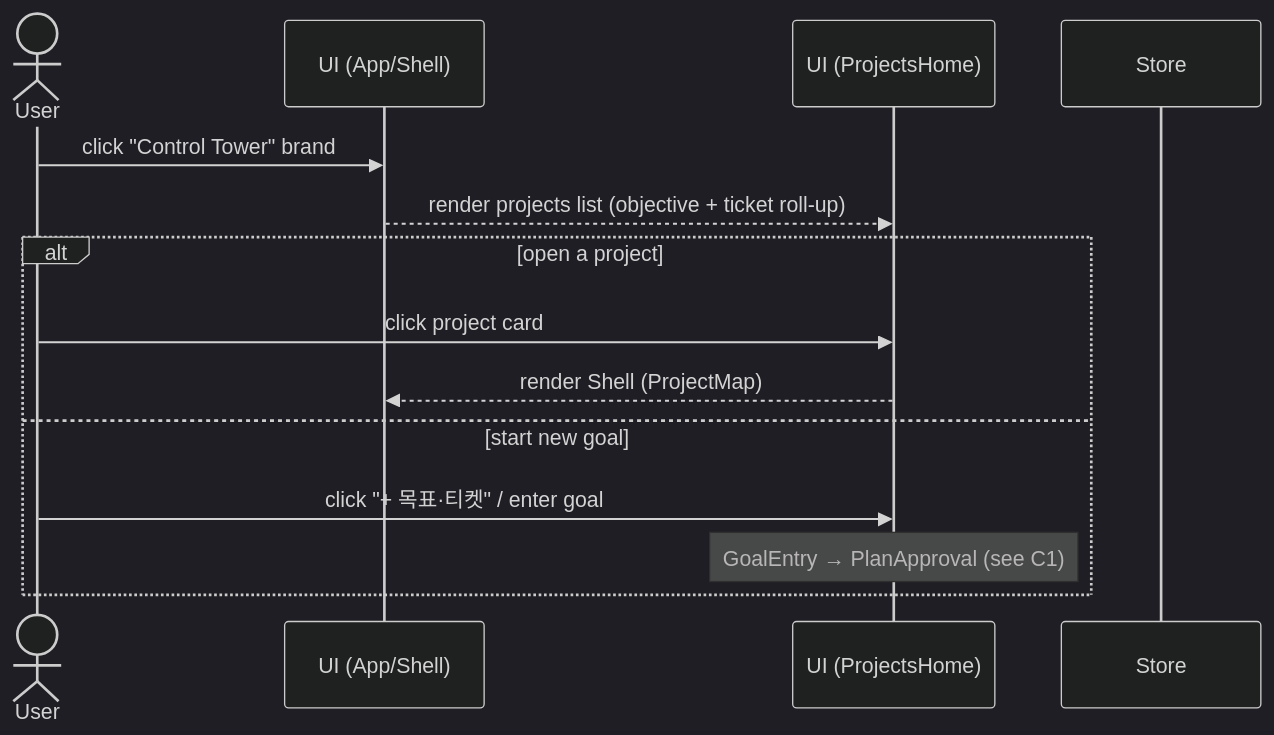
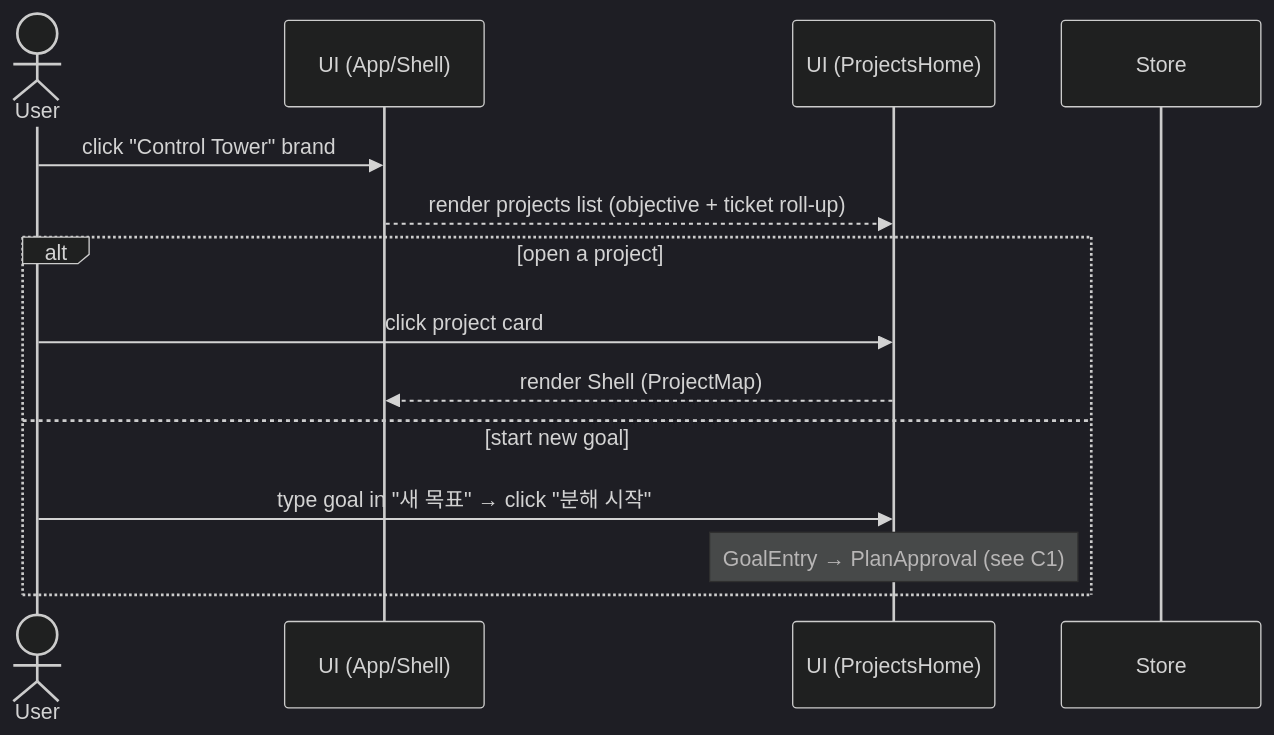
One commit to parklaus1078/agent-system-v3 changed the fifth of 21 diagrams in docs/user-flows-sequence-diagrams.md. Above: the diagram before and after it, drawn with Mermaid (dark theme). The commit also changed other lines of this file and 18 other files, not shown here.

````diff
--- a/docs/user-flows-sequence-diagrams.md
+++ b/docs/user-flows-sequence-diagrams.md
@@ -152,16 +152,16 @@
 ```mermaid
 sequenceDiagram
     actor User
     participant UI as UI (App/Shell)
     participant Home as UI (ProjectsHome)
     participant Store
     User->>UI: click "Control Tower" brand
     UI-->>Home: render projects list (objective + ticket roll-up)
     alt open a project
         User->>Home: click project card
         Home-->>UI: render Shell (ProjectMap)
     else start new goal
-        User->>Home: click "+ 목표·티켓" / enter goal
+        User->>Home: type goal in "새 목표" → click "분해 시작"
         Note over Home: GoalEntry → PlanApproval (see C1)
     end
 ```
````
